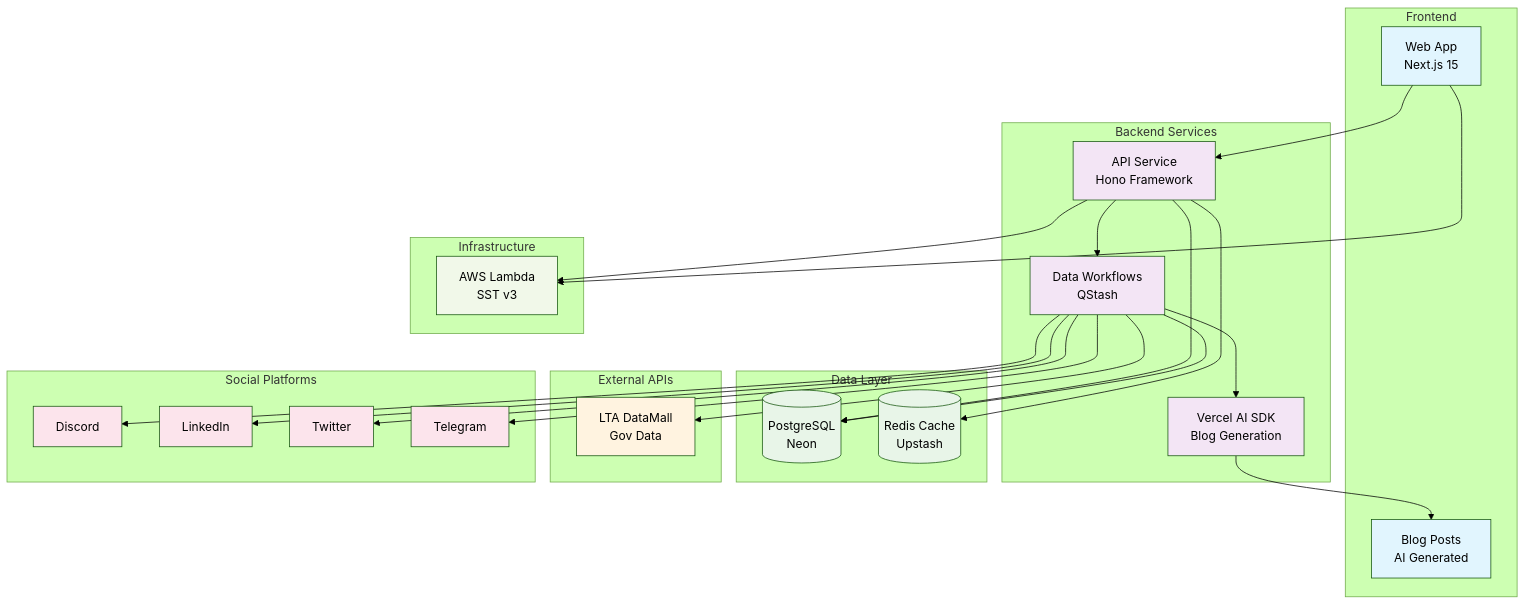
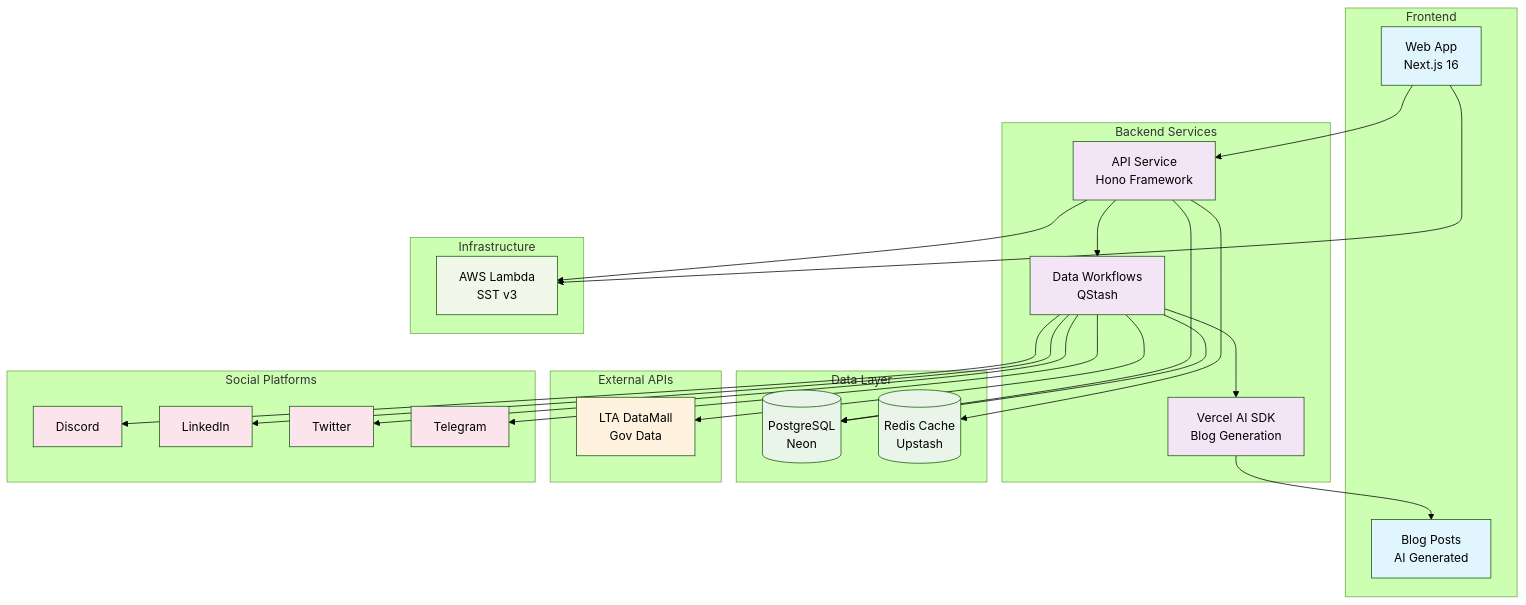
Before and after one commit to sgcarstrends/sgcarstrends: the diagram in README.md, drawn with Mermaid (forest theme). The commit also changed other lines of this file and 1 other file, not shown here.

Commit message:
docs: use English (Singapore) and update Next.js

````diff
--- a/README.md
+++ b/README.md
@@ -19,65 +19,65 @@
 ```mermaid
 graph TB
     subgraph "Frontend"
-        WEB[Web App<br/>Next.js 15]
+        WEB[Web App<br/>Next.js 16]
         BLOG[Blog Posts<br/>AI Generated]
     end
     
     subgraph "Backend Services"
         API[API Service<br/>Hono Framework]
         WORKFLOWS[Data Workflows<br/>QStash]
         LLM[Vercel AI SDK<br/>Blog Generation]
     end
     
     subgraph "Data Layer"
         DB[(PostgreSQL<br/>Neon)]
         REDIS[(Redis Cache<br/>Upstash)]
     end
     
     subgraph "External APIs"
         LTA[LTA DataMall<br/>Gov Data]
     end
     
     subgraph "Social Platforms"
         DISCORD[Discord]
         LINKEDIN[LinkedIn]
         TWITTER[Twitter]
         TELEGRAM[Telegram]
     end
     
     subgraph "Infrastructure"
         AWS[AWS Lambda<br/>SST v3]
     end
     
     WEB --> API
     API --> DB
     API --> REDIS
     API --> WORKFLOWS
     
     WORKFLOWS --> LTA
     WORKFLOWS --> DB
     WORKFLOWS --> LLM
     LLM --> BLOG
     
     WORKFLOWS --> DISCORD
     WORKFLOWS --> LINKEDIN  
     WORKFLOWS --> TWITTER
     WORKFLOWS --> TELEGRAM
     
     API --> AWS
     WEB --> AWS
     
     classDef frontend fill:#e1f5fe
     classDef backend fill:#f3e5f5
     classDef data fill:#e8f5e8
     classDef external fill:#fff3e0
     classDef social fill:#fce4ec
     classDef infra fill:#f1f8e9
     
     class WEB,BLOG frontend
     class API,WORKFLOWS,LLM backend
     class DB,REDIS data
     class LTA external
     class DISCORD,LINKEDIN,TWITTER,TELEGRAM social
     class AWS infra
 ```
````
